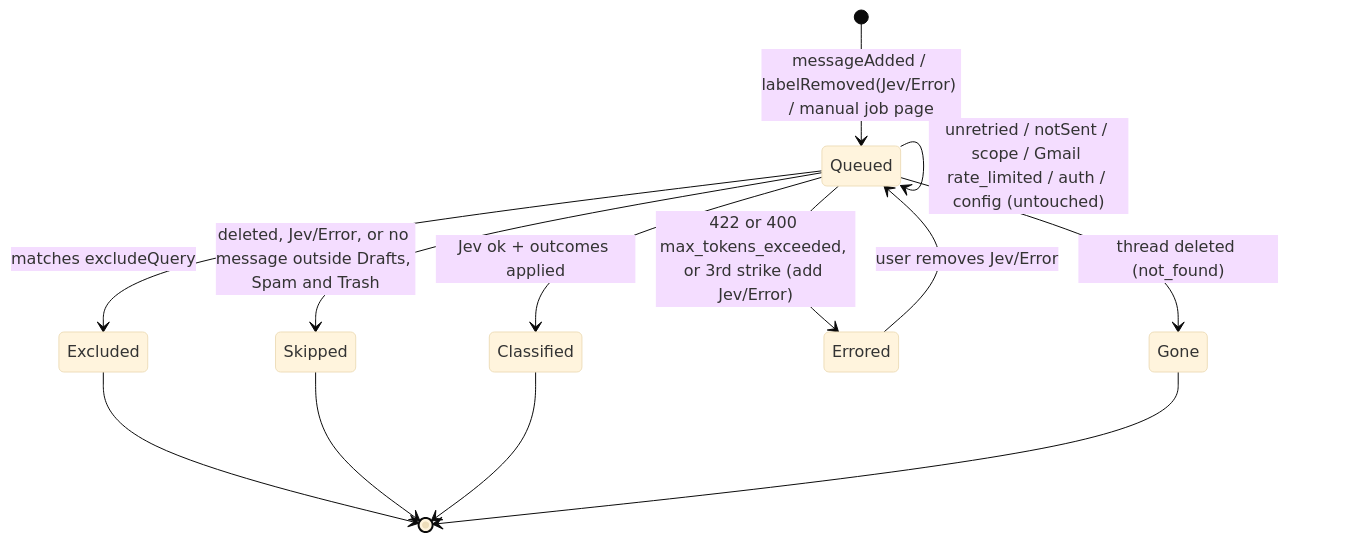
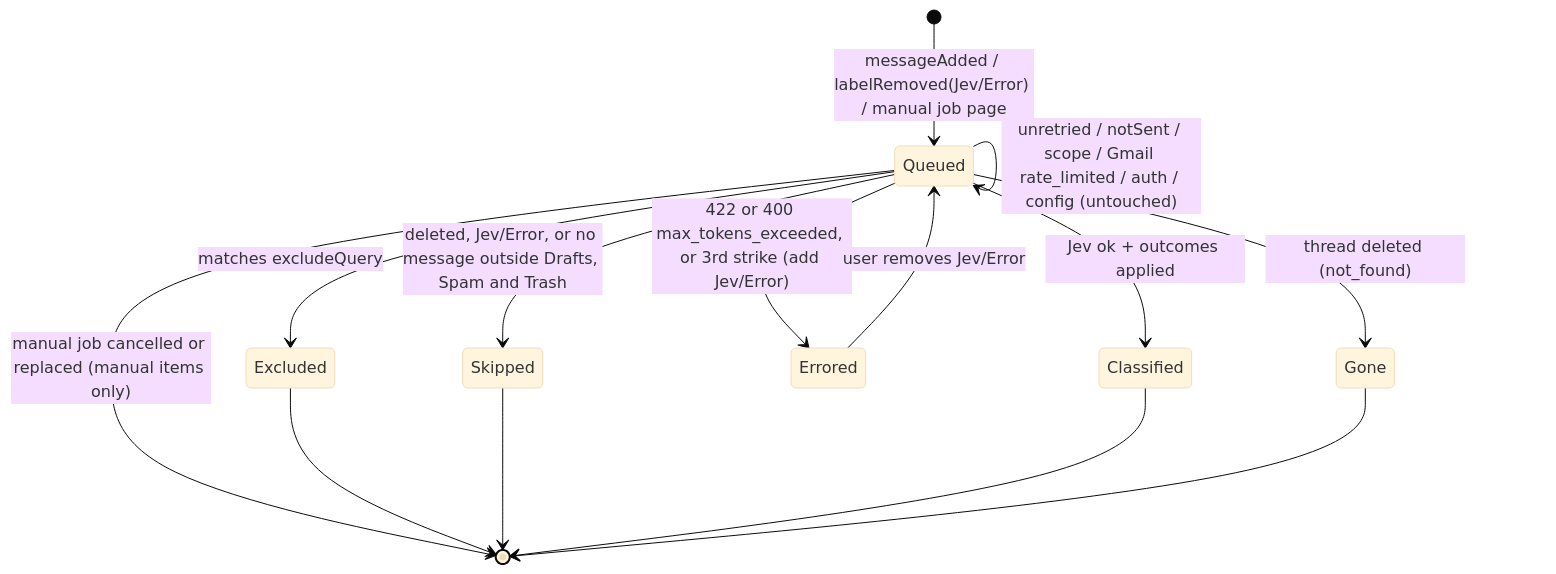
Before and after one commit to kellystuard/jev-gmail-classifier: the fourth of 5 diagrams in output/solution-design.md, drawn with Mermaid (base theme). The commit also changed other lines of this file and 4 other files, not shown here.

Commit message:
feat(manual): cancel a manual job and drop its queued work (#295)

````diff
--- a/output/solution-design.md
+++ b/output/solution-design.md
@@ -585,16 +594,17 @@
 ```mermaid
 stateDiagram-v2
   [*] --> Queued: messageAdded / labelRemoved(Jev/Error) / manual job page
   Queued --> Excluded: matches excludeQuery
   Queued --> Skipped: deleted, Jev/Error, or no message outside Drafts, Spam and Trash
   Queued --> Classified: Jev ok + outcomes applied
   Queued --> Queued: strike 1 or 2 (retryable or transport after all attempts, failed_precondition, unexpected error)
   Queued --> Errored: 422 or 400 max_tokens_exceeded, or 3rd strike (add Jev/Error)
   Queued --> Queued: unretried / notSent / scope / Gmail rate_limited / auth / config (untouched)
   Queued --> Gone: thread deleted (not_found)
+  Queued --> [*]: manual job cancelled or replaced (manual items only)
   Excluded --> [*]
   Skipped --> [*]
   Classified --> [*]
   Gone --> [*]
   Errored --> Queued: user removes Jev/Error
 ```
````
